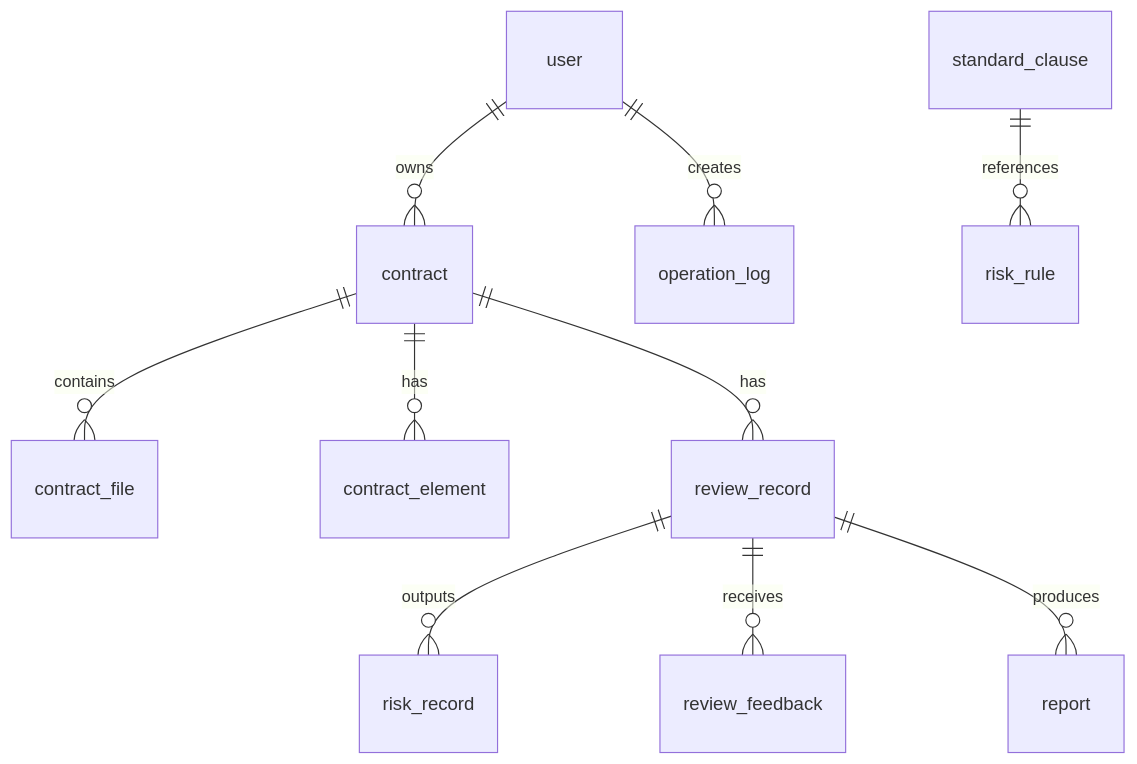
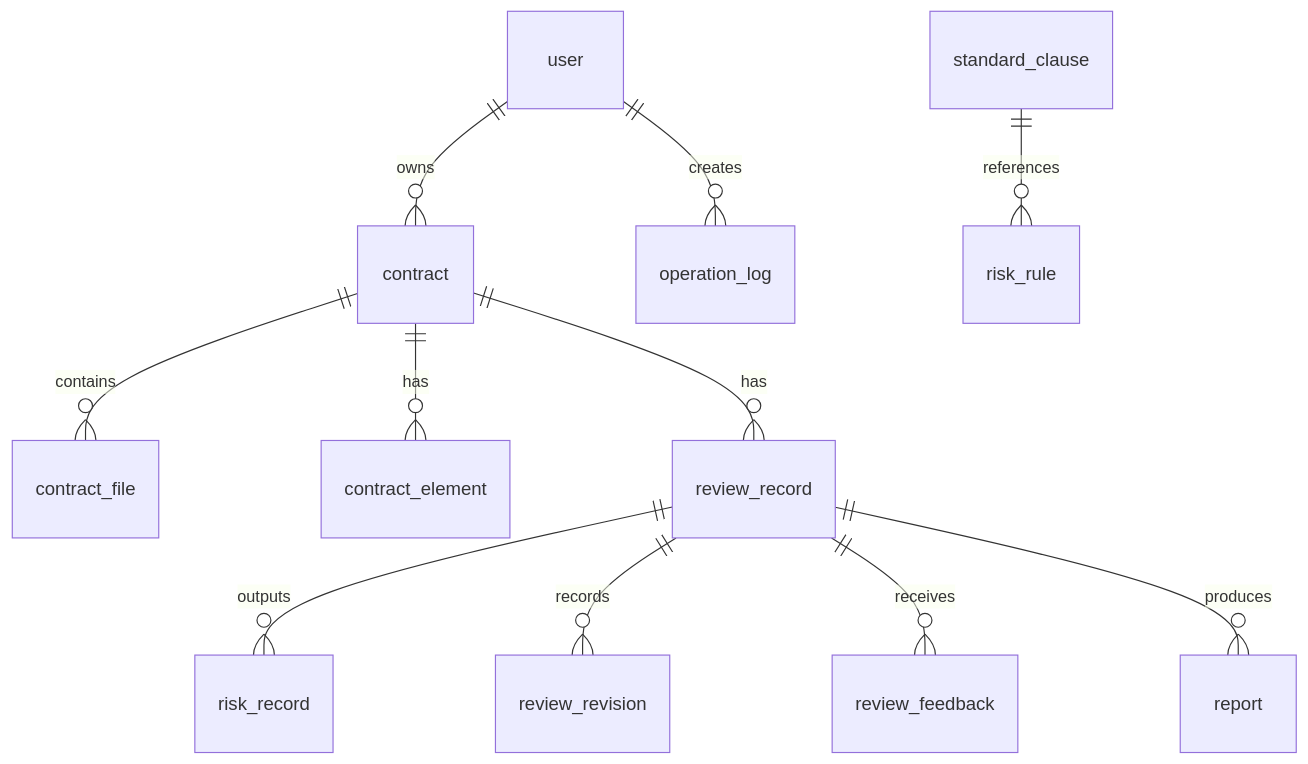
Before and after one commit to liuziwen168/A24-Contract-Audit: the diagram in docs/03-数据库设计.md, drawn with Mermaid. The commit also changed other lines of this file and 14 other files, not shown here.

````diff
--- a/docs/03-数据库设计.md
+++ b/docs/03-数据库设计.md
@@ -24,12 +24,13 @@
 ```mermaid
 erDiagram
     user ||--o{ contract : owns
     contract ||--o{ contract_file : contains
     contract ||--o{ contract_element : has
     contract ||--o{ review_record : has
     review_record ||--o{ risk_record : outputs
+    review_record ||--o{ review_revision : records
     review_record ||--o{ review_feedback : receives
     review_record ||--o{ report : produces
     standard_clause ||--o{ risk_rule : references
     user ||--o{ operation_log : creates
 ```
````
